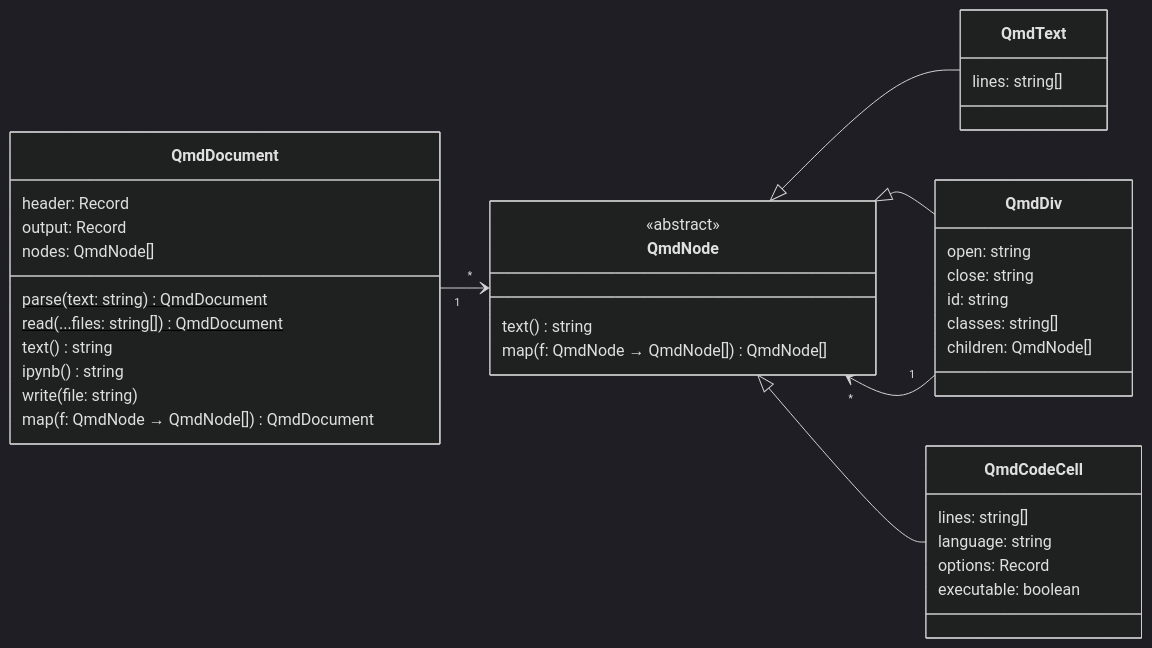
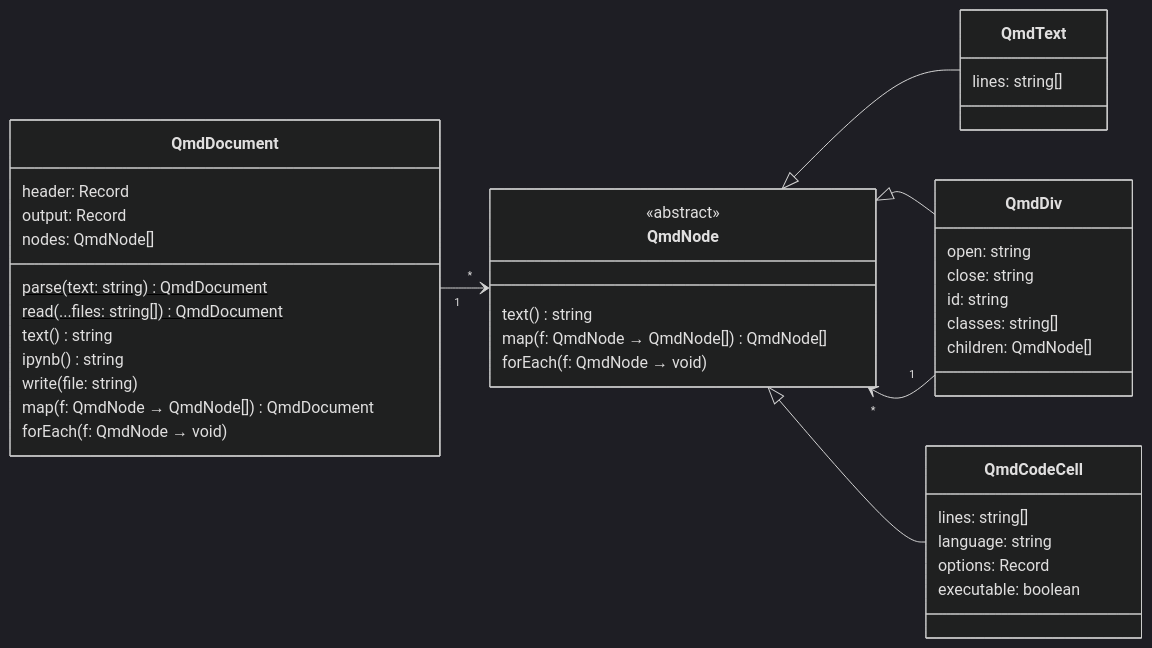
Before and after one commit to matthiasbaitsch/quarto-loi-moi: the second of 5 diagrams in DESIGN.md, drawn with Mermaid (dark theme). The commit also changed 10 other files, not shown here.

````diff
--- a/DESIGN.md
+++ b/DESIGN.md
@@ -76,41 +76,43 @@
 ```mermaid
 classDiagram
   direction LR
   QmdDocument "1" --> "*" QmdNode
   QmdNode <|-- QmdText
   QmdNode <|-- QmdDiv
   QmdNode <|-- QmdCodeCell
   QmdDiv "1" --> "*" QmdNode
   class QmdDocument {
     header: Record
     output: Record
     nodes: QmdNode[]
     parse(text: string)$ QmdDocument
     read(...files: string[])$ QmdDocument
     text() string
     ipynb() string
     write(file: string)
     map(f: QmdNode → QmdNode[]) QmdDocument
+    forEach(f: QmdNode → void)
   }
   class QmdNode {
     <<abstract>>
     text() string
     map(f: QmdNode → QmdNode[]) QmdNode[]
+    forEach(f: QmdNode → void)
   }
   class QmdText {
     lines: string[]
   }
   class QmdDiv {
     open: string
     close: string
     id: string
     classes: string[]
     children: QmdNode[]
   }
   class QmdCodeCell {
     lines: string[]
     language: string
     options: Record
     executable: boolean
   }
 ```
````
